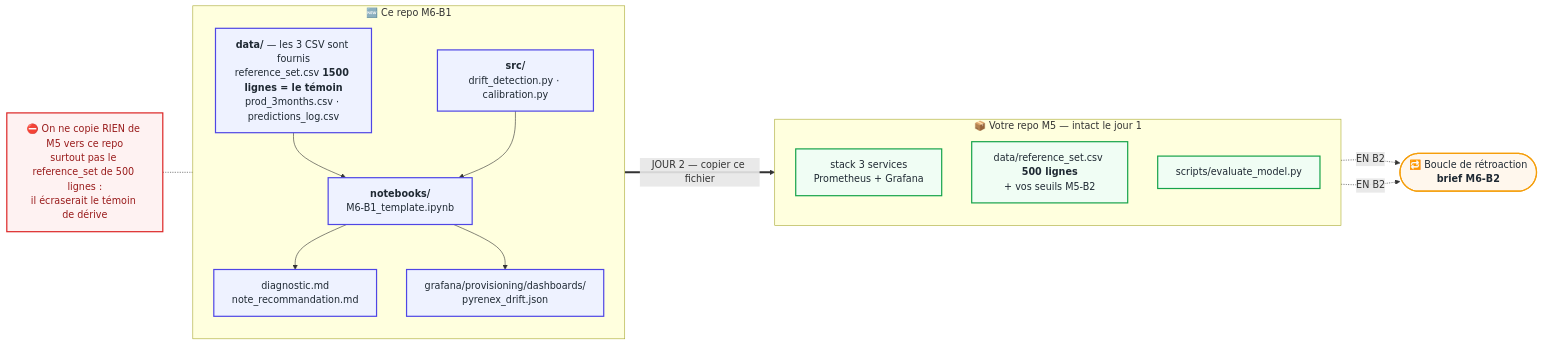
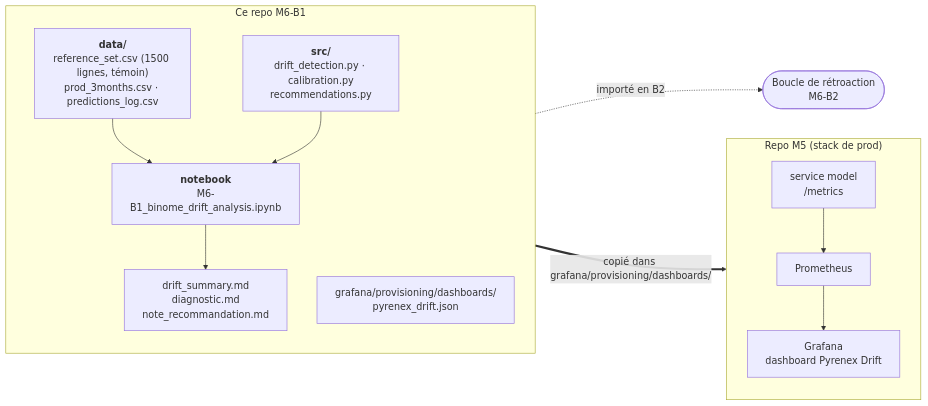
One commit to nawellepolin/M6-B1-pyrenex-drift-jeremy-nawelle changed the diagram in README.md. Above: the diagram before and after it, drawn with Mermaid. The commit also changed other lines of this file and 2 other files, not shown here.

First line of the commit message:
docs(readme): Renomme le notebook et nettoie le README du template

````diff
--- a/README.md
+++ b/README.md
@@ -55,40 +33,27 @@
 ```mermaid
 flowchart LR
-  subgraph NEUF["🆕 Ce repo M6-B1"]
+  subgraph M6["Ce repo M6-B1"]
     direction TB
-    N1["<b>data/</b> — les 3 CSV sont fournis<br/>reference_set.csv <b>1500 lignes = le témoin</b><br/>prod_3months.csv · predictions_log.csv"]
-    N2["<b>src/</b><br/>drift_detection.py · calibration.py"]
-    N3["<b>notebooks/</b><br/>M6-B1_template.ipynb"]
-    N4["diagnostic.md<br/>note_recommandation.md"]
-    N5["grafana/provisioning/dashboards/<br/>pyrenex_drift.json"]
-    N1 --> N3
-    N2 --> N3
-    N3 --> N4
-    N3 --> N5
+    D["<b>data/</b><br/>reference_set.csv (1500 lignes, témoin)<br/>prod_3months.csv · predictions_log.csv"]
+    S["<b>src/</b><br/>drift_detection.py · calibration.py<br/>recommendations.py"]
+    NB["<b>notebook</b><br/>M6-B1_binome_drift_analysis.ipynb"]
+    DOC["drift_summary.md<br/>diagnostic.md<br/>note_recommandation.md"]
+    G["grafana/provisioning/dashboards/<br/>pyrenex_drift.json"]
+    D --> NB
+    S --> NB
+    NB --> DOC
   end
 
-  subgraph M5REPO["📦 Votre repo M5 — intact le jour 1"]
+  subgraph M5["Repo M5 (stack de prod)"]
     direction TB
-    M1["stack 3 services<br/>Prometheus + Grafana"]
-    M2["data/reference_set.csv <b>500 lignes</b><br/>+ vos seuils M5-B2"]
-    M3["scripts/evaluate_model.py"]
+    MOD["service model<br/>/metrics"]
+    PROM["Prometheus"]
+    GRAF["Grafana<br/>dashboard Pyrenex Drift"]
+    MOD --> PROM --> GRAF
   end
 
-  BOUCLE(["🔁 Boucle de rétroaction<br/><b>brief M6-B2</b>"])
+  B2(["Boucle de rétroaction<br/>M6-B2"])
 
-  N5 ==>|"JOUR 2 — copier ce fichier"| M1
-  M2 -.->|"EN B2"| BOUCLE
-  M3 -.->|"EN B2"| BOUCLE
-
-  STOP["⛔ On ne copie RIEN de M5 vers ce repo<br/>surtout pas le reference_set de 500 lignes :<br/>il écraserait le témoin de dérive"]
-  STOP -.- NEUF
-
-  classDef neuf fill:#eef2ff,stroke:#4f46e5,stroke-width:2px,color:#1f2933
-  classDef ancien fill:#f0fdf4,stroke:#16a34a,stroke-width:2px,color:#1f2933
-  classDef futur fill:#fff7ed,stroke:#f59e0b,stroke-width:2px,color:#1f2933
-  classDef stop fill:#fef2f2,stroke:#dc2626,stroke-width:2px,color:#991b1b
-  class N1,N2,N3,N4,N5 neuf
-  class M1,M2,M3 ancien
-  class BOUCLE futur
-  class STOP stop
+  G ==>|"copié dans grafana/provisioning/dashboards/"| GRAF
+  S -.->|"importé en B2"| B2
 ```
````
